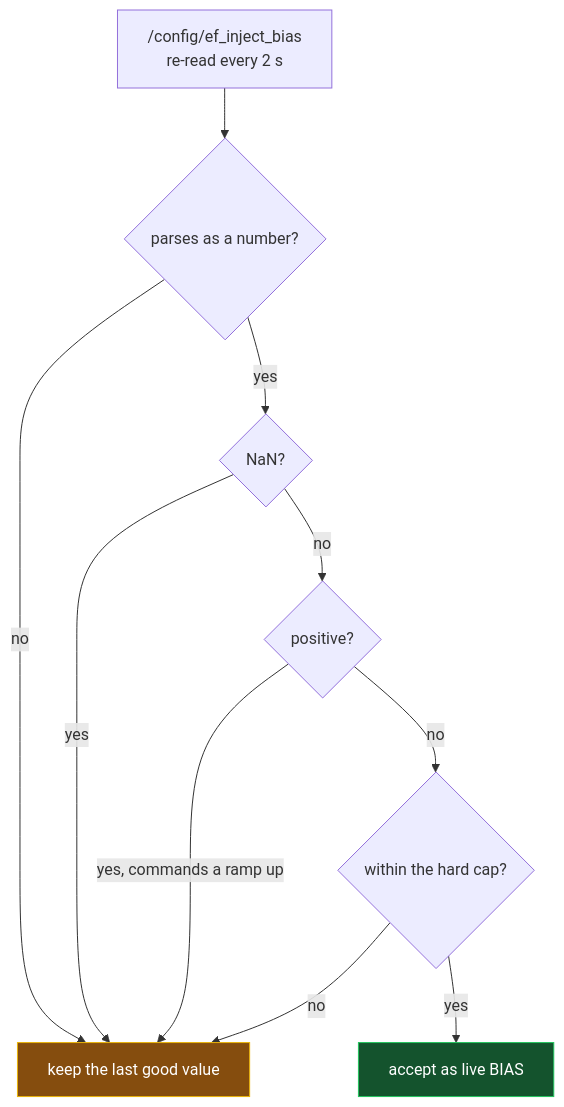
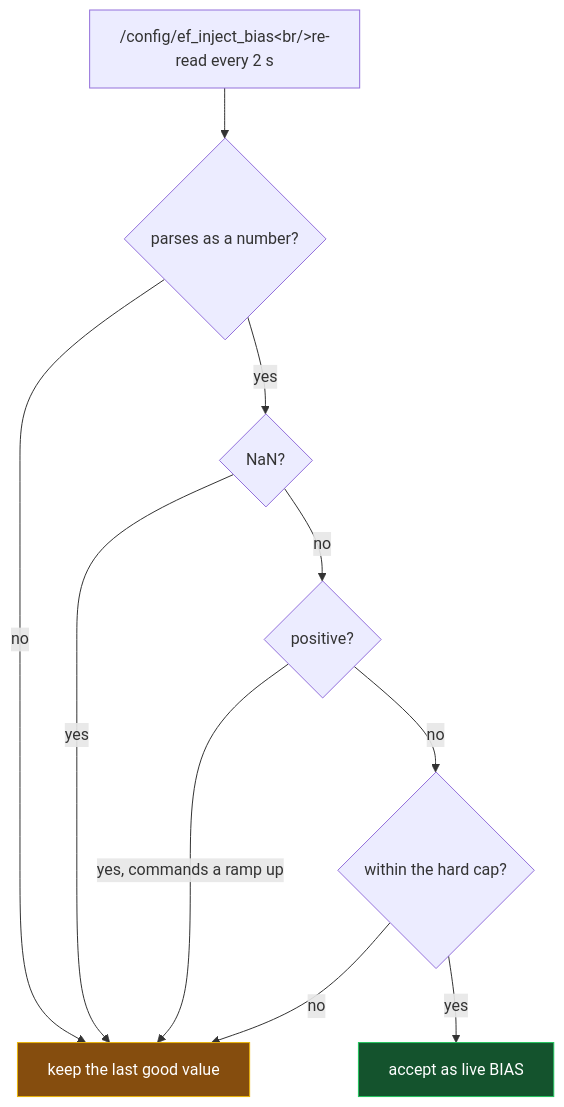
One commit to phoinixgrr/mastori changed the tenth of 17 diagrams in content/posts/ecoflow-zero-export-ble-meter-injection/index.md. Above: the diagram before and after it, drawn with Mermaid. The commit also changed other lines of this file, not shown here.

First line of the commit message:
Escape <br/> and <<enumeration>> inside mermaid blocks

```diff
--- a/content/posts/ecoflow-zero-export-ble-meter-injection/index.md
+++ b/content/posts/ecoflow-zero-export-ble-meter-injection/index.md
@@ -335,15 +335,15 @@
 {{< mermaid >}}
 flowchart TD
-    F["/config/ef_inject_bias<br/>re-read every 2 s"] --> P{"parses as a number?"}
+    F["/config/ef_inject_bias&lt;br/&gt;re-read every 2 s"] --> P{"parses as a number?"}
     P -->|no| K["keep the last good value"]
     P -->|yes| N{"NaN?"}
     N -->|yes| K
     N -->|no| G{"positive?"}
     G -->|"yes, commands a ramp up"| K
     G -->|no| M{"within the hard cap?"}
     M -->|no| K
     M -->|yes| OK["accept as live BIAS"]
 
     style OK fill:#14532d,stroke:#22c55e,color:#fff
     style K fill:#854d0e,stroke:#eab308,color:#fff
 {{< /mermaid >}}
```
